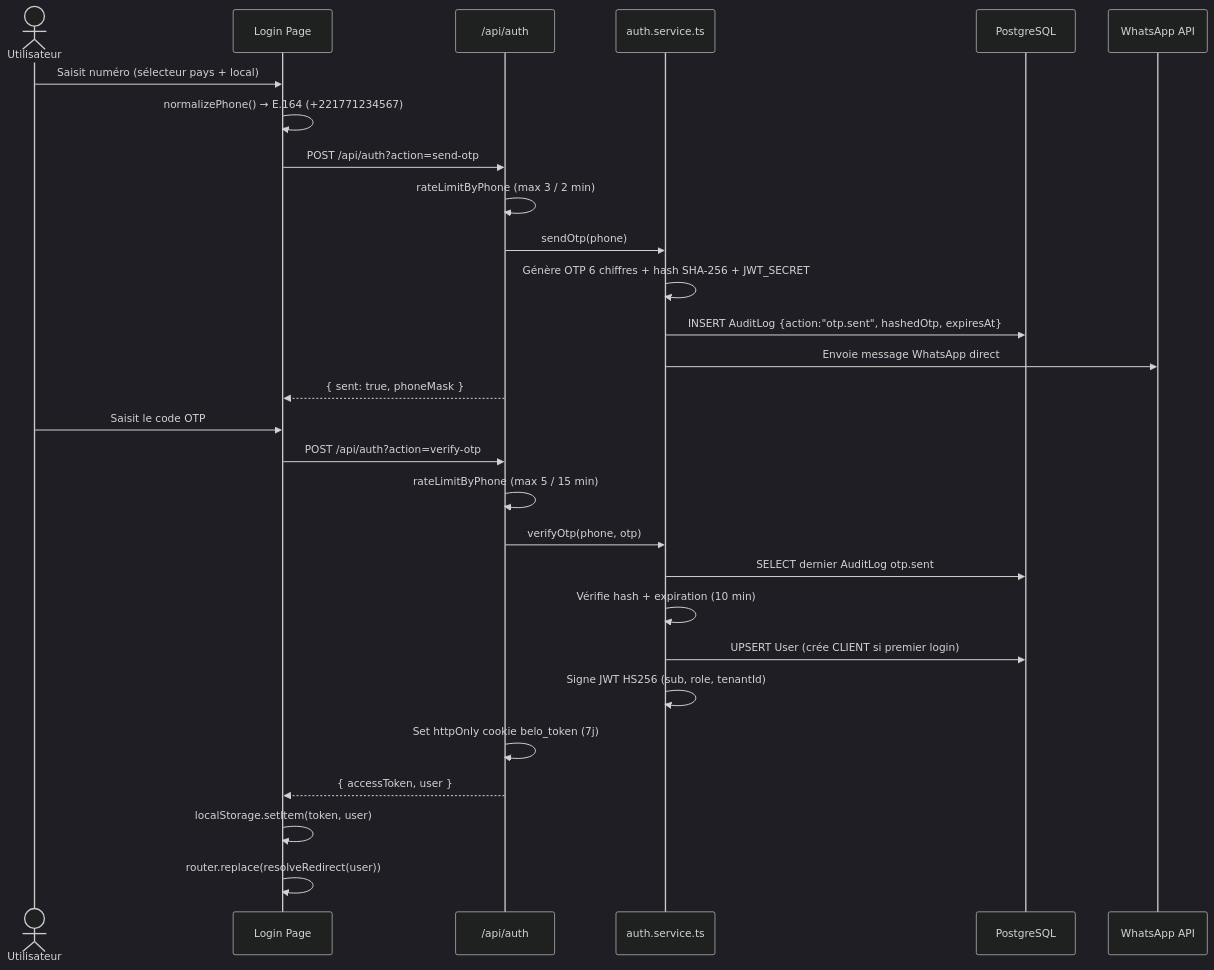
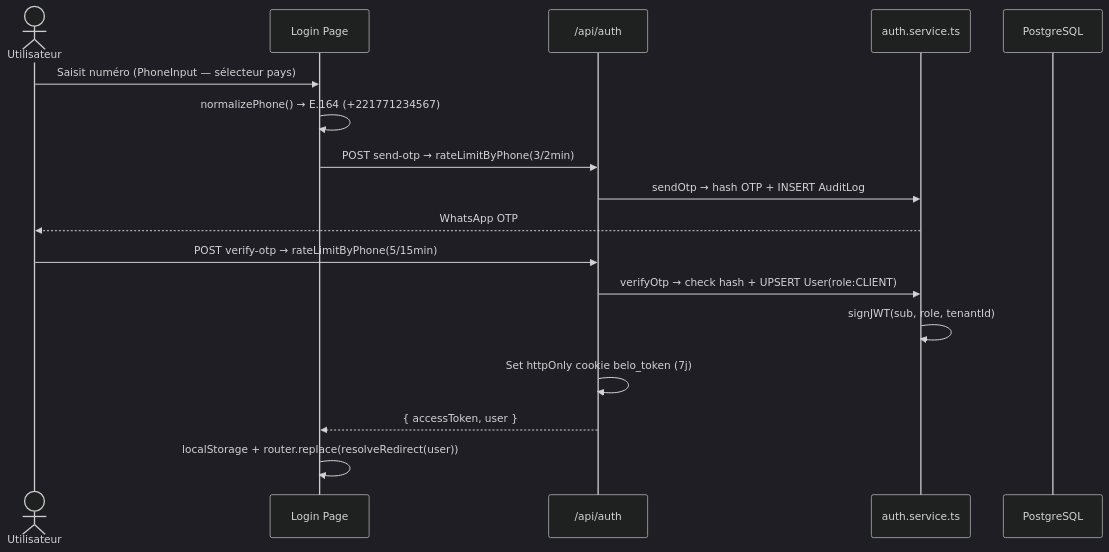
The fourth of 6 diagrams in DOCUMENTATION.md (Ahmesgroup/belo), drawn with Mermaid (dark theme) before and after one commit. The commit also changed other lines of this file, not shown here.

````diff
--- a/DOCUMENTATION.md
+++ b/DOCUMENTATION.md
@@ -466,32 +410,20 @@
 ```mermaid
 sequenceDiagram
     actor U as Utilisateur
     participant L as Login Page
     participant A as /api/auth
     participant S as auth.service.ts
     participant DB as PostgreSQL
-    participant WA as WhatsApp API
 
-    U->>L: Saisit numéro (sélecteur pays + local)
+    U->>L: Saisit numéro (PhoneInput — sélecteur pays)
     L->>L: normalizePhone() → E.164 (+221771234567)
-    L->>A: POST /api/auth?action=send-otp
-    A->>A: rateLimitByPhone (max 3 / 2 min)
-    A->>S: sendOtp(phone)
-    S->>S: Génère OTP 6 chiffres + hash SHA-256 + JWT_SECRET
-    S->>DB: INSERT AuditLog {action:"otp.sent", hashedOtp, expiresAt}
-    S->>WA: Envoie message WhatsApp direct
-    A-->>L: { sent: true, phoneMask }
-
-    U->>L: Saisit le code OTP
-    L->>A: POST /api/auth?action=verify-otp
-    A->>A: rateLimitByPhone (max 5 / 15 min)
-    A->>S: verifyOtp(phone, otp)
-    S->>DB: SELECT dernier AuditLog otp.sent
-    S->>S: Vérifie hash + expiration (10 min)
-    S->>DB: UPSERT User (crée CLIENT si premier login)
-    S->>S: Signe JWT HS256 (sub, role, tenantId)
+    L->>A: POST send-otp → rateLimitByPhone(3/2min)
+    A->>S: sendOtp → hash OTP + INSERT AuditLog
+    S-->>U: WhatsApp OTP
+    U->>A: POST verify-otp → rateLimitByPhone(5/15min)
+    A->>S: verifyOtp → check hash + UPSERT User(role:CLIENT)
+    S->>S: signJWT(sub, role, tenantId)
     A->>A: Set httpOnly cookie belo_token (7j)
     A-->>L: { accessToken, user }
-    L->>L: localStorage.setItem(token, user)
-    L->>L: router.replace(resolveRedirect(user))
+    L->>L: localStorage + router.replace(resolveRedirect(user))
 ```
````
